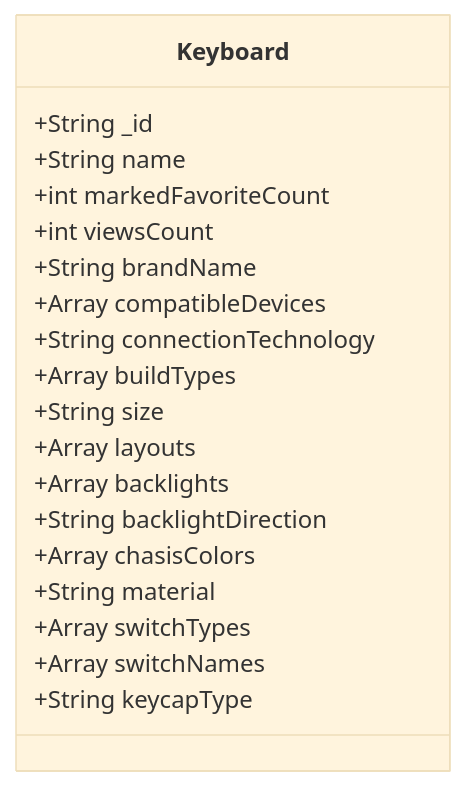
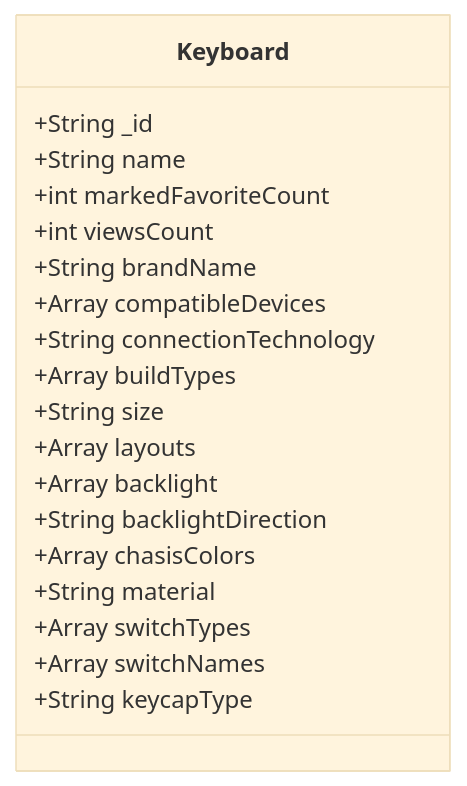
Before and after one commit to Vlastrix/keytastic_backend: the diagram in docs/keyboard.md, drawn with Mermaid (base theme). The commit also changed 1 other file, not shown here.

Commit message:
modification to the keyboard schema

````diff
--- a/docs/keyboard.md
+++ b/docs/keyboard.md
@@ -2,22 +2,22 @@
 ```mermaid
 classDiagram
     class Keyboard {
         +String _id  
         +String name
         +int markedFavoriteCount
         +int viewsCount
         +String brandName
         +Array<String> compatibleDevices
         +String connectionTechnology
-        +Array buildTypes
+        +Array<String> buildTypes
         +String size
-        +Array layouts
-        +Array backlights
+        +Array<String> layouts
+        +Array backlight
         +String backlightDirection
         +Array<String> chasisColors
         +String material
         +Array switchTypes
         +Array switchNames
         +String keycapType
     }
 ```
````
